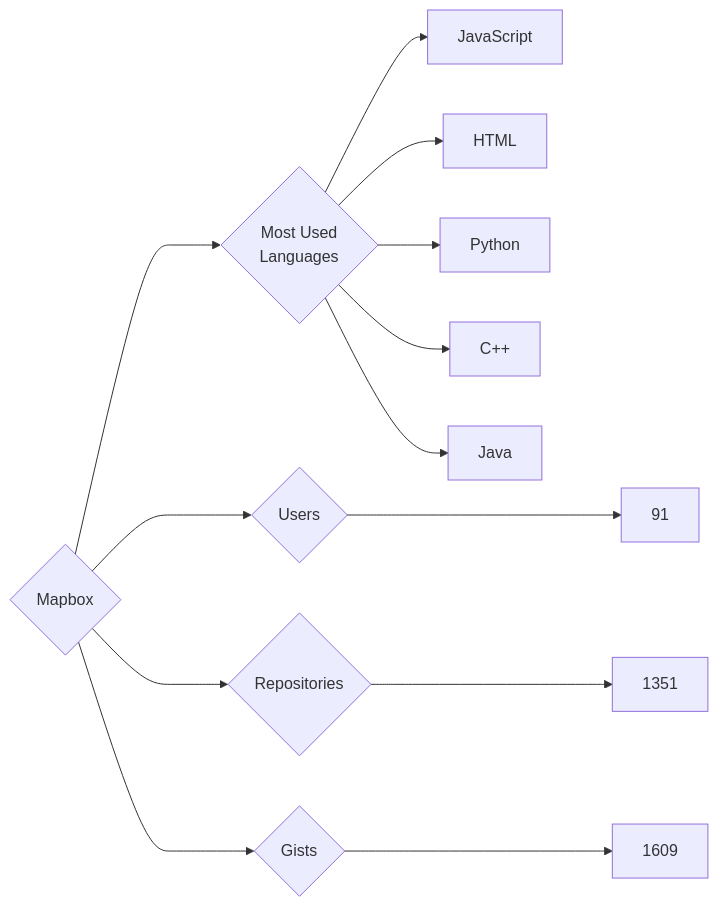
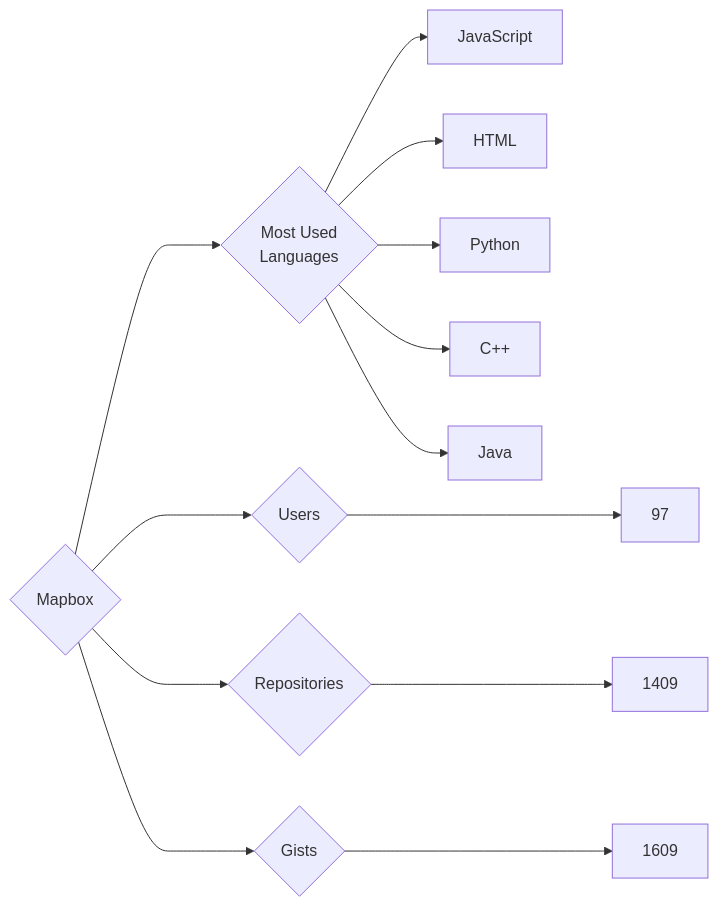
Before and after one commit to trickest/insiders: the diagram in targets/Mapbox/README.md, drawn with Mermaid. The commit also changed 823 other files, not shown here.

````diff
--- a/targets/Mapbox/README.md
+++ b/targets/Mapbox/README.md
@@ -3,13 +3,13 @@
 ```mermaid
 graph LR
 COMPANY_NAME{Mapbox}
-COMPANY_NAME ---> U{Users} ---> UN[91]
-COMPANY_NAME ---> R{Repositories} ---> RN[1351]
+COMPANY_NAME ---> U{Users} ---> UN[97]
+COMPANY_NAME ---> R{Repositories} ---> RN[1409]
 COMPANY_NAME ---> G{Gists} ---> GN[1609]
 COMPANY_NAME ---> ML{Most Used<br>Languages}
 ML --> JavaScript[JavaScript]
 ML --> HTML[HTML]
 ML --> Python[Python]
 ML --> C++[C++]
 ML --> Java[Java]
 ```
````
